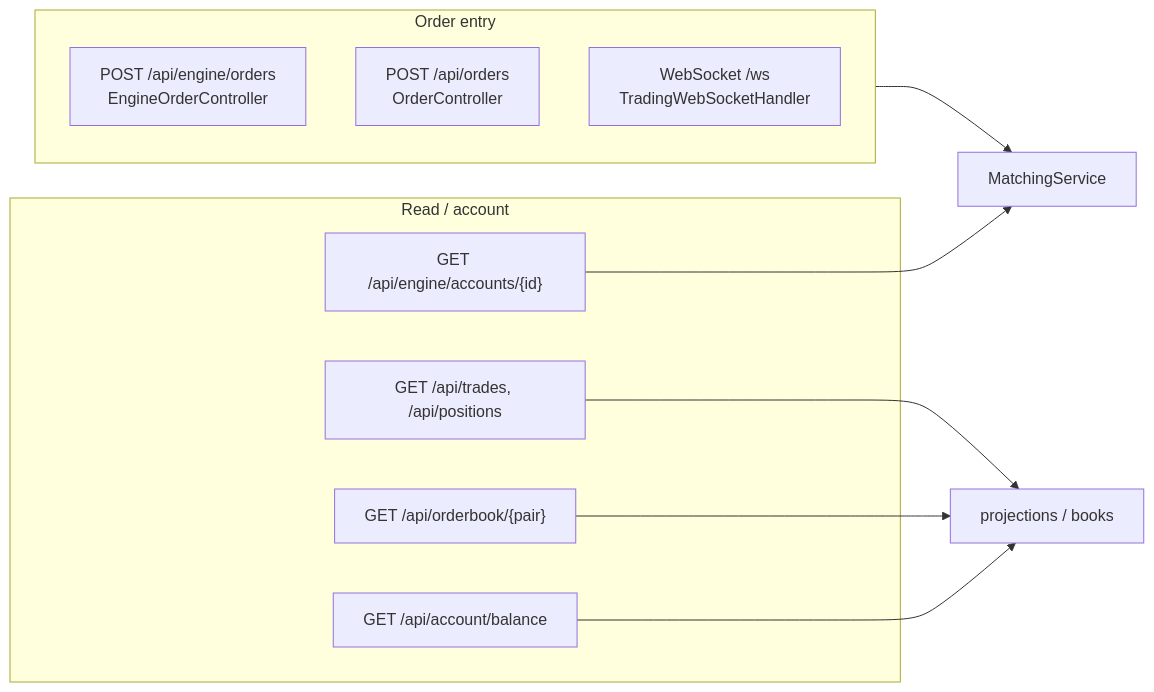
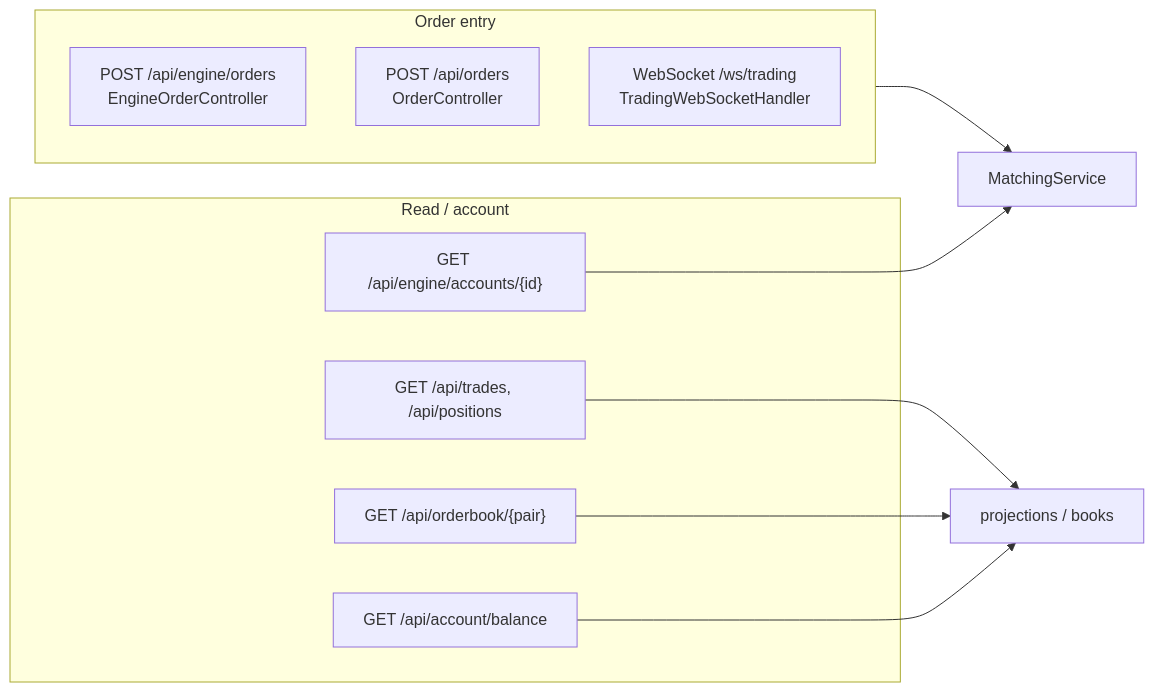
The first of 2 diagrams in 06-api-reference.md (mc139/fx-oee-docs), drawn with Mermaid before and after one commit. The commit also changed other lines of this file and 25 other files, not shown here.

````diff
--- a/06-api-reference.md
+++ b/06-api-reference.md
@@ -14,17 +15,17 @@
 ```mermaid
 flowchart LR
     subgraph entry["Order entry"]
         E1["POST /api/engine/orders<br/>EngineOrderController"]
         E2["POST /api/orders<br/>OrderController"]
-        WS["WebSocket /ws<br/>TradingWebSocketHandler"]
+        WS["WebSocket /ws/trading<br/>TradingWebSocketHandler"]
     end
     subgraph read["Read / account"]
         A1["GET /api/engine/accounts/{id}"]
         A2["GET /api/account/balance"]
         A3["GET /api/orderbook/{pair}"]
         A4["GET /api/trades, /api/positions"]
     end
     entry --> MS["MatchingService"]
     A1 --> MS
     A2 & A3 & A4 --> PROJ["projections / books"]
 ```
````
